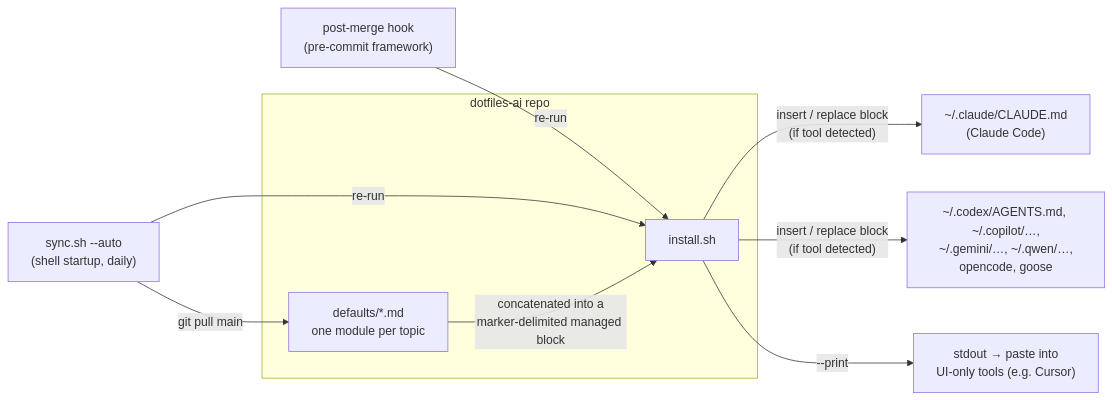
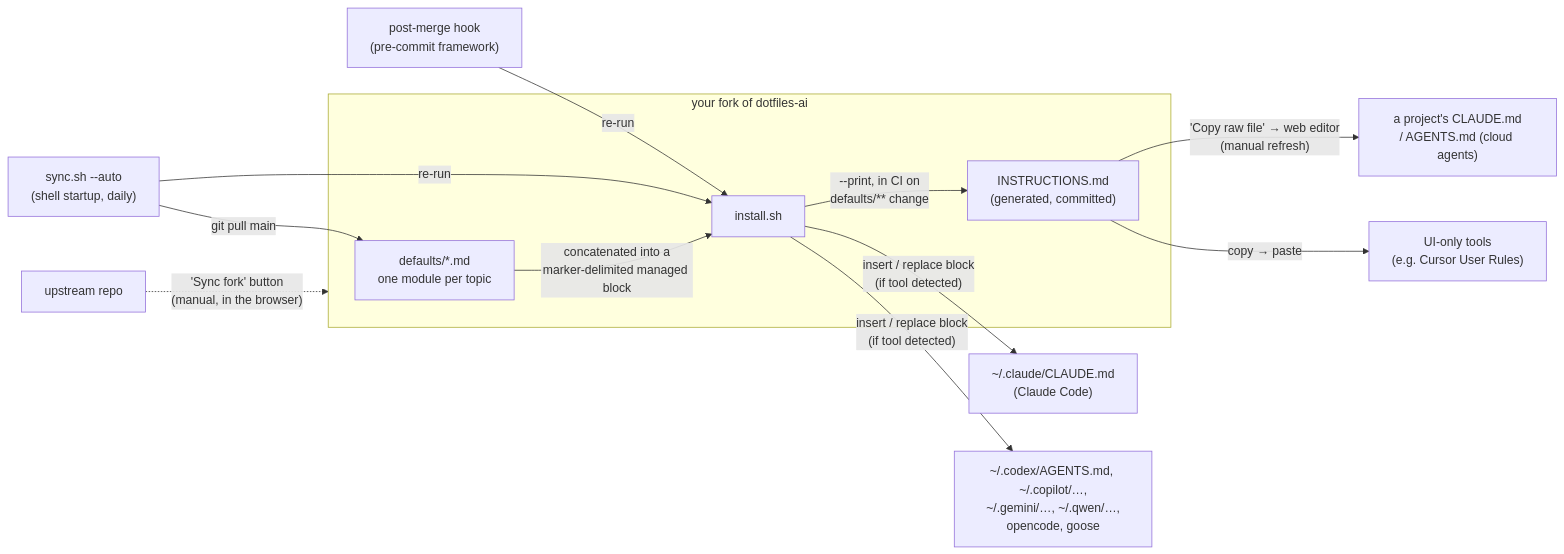
Before and after one commit to mchelen/dotfiles-ai: the diagram in ARCHITECTURE.md, drawn with Mermaid. The commit also changed other lines of this file and 4 other files, not shown here.

````diff
--- a/ARCHITECTURE.md
+++ b/ARCHITECTURE.md
@@ -7,14 +14,18 @@
 ```mermaid
 flowchart LR
+    U["upstream repo"] -.->|"'Sync fork' button<br/>(manual, in the browser)"| repo
     S["sync.sh --auto<br/>(shell startup, daily)"] -->|"git pull main"| D
     H["post-merge hook<br/>(pre-commit framework)"] -->|"re-run"| I
     S -->|"re-run"| I
-    subgraph repo["dotfiles-ai repo"]
+    subgraph repo["your fork of dotfiles-ai"]
         D["defaults/*.md<br/>one module per topic"]
         I["install.sh"]
+        N["INSTRUCTIONS.md<br/>(generated, committed)"]
     end
     D -->|"concatenated into a<br/>marker-delimited managed block"| I
+    I -->|"--print, in CI on<br/>defaults/** change"| N
     I -->|"insert / replace block<br/>(if tool detected)"| C["~/.claude/CLAUDE.md<br/>(Claude Code)"]
     I -->|"insert / replace block<br/>(if tool detected)"| X["~/.codex/AGENTS.md, ~/.copilot/…,<br/>~/.gemini/…, ~/.qwen/…,<br/>opencode, goose"]
-    I -->|"--print"| P["stdout → paste into<br/>UI-only tools (e.g. Cursor)"]
+    N -->|"'Copy raw file' → web editor<br/>(manual refresh)"| R["a project's CLAUDE.md<br/>/ AGENTS.md (cloud agents)"]
+    N -->|"copy → paste"| P["UI-only tools<br/>(e.g. Cursor User Rules)"]
 ```
````
